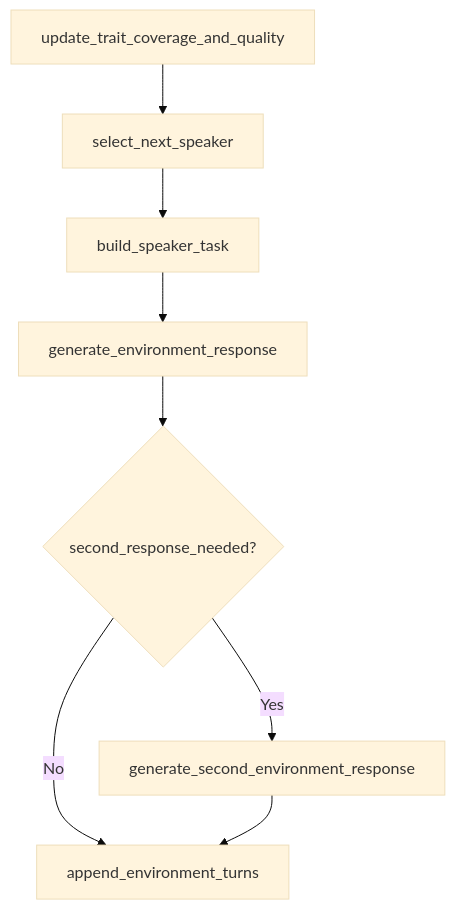
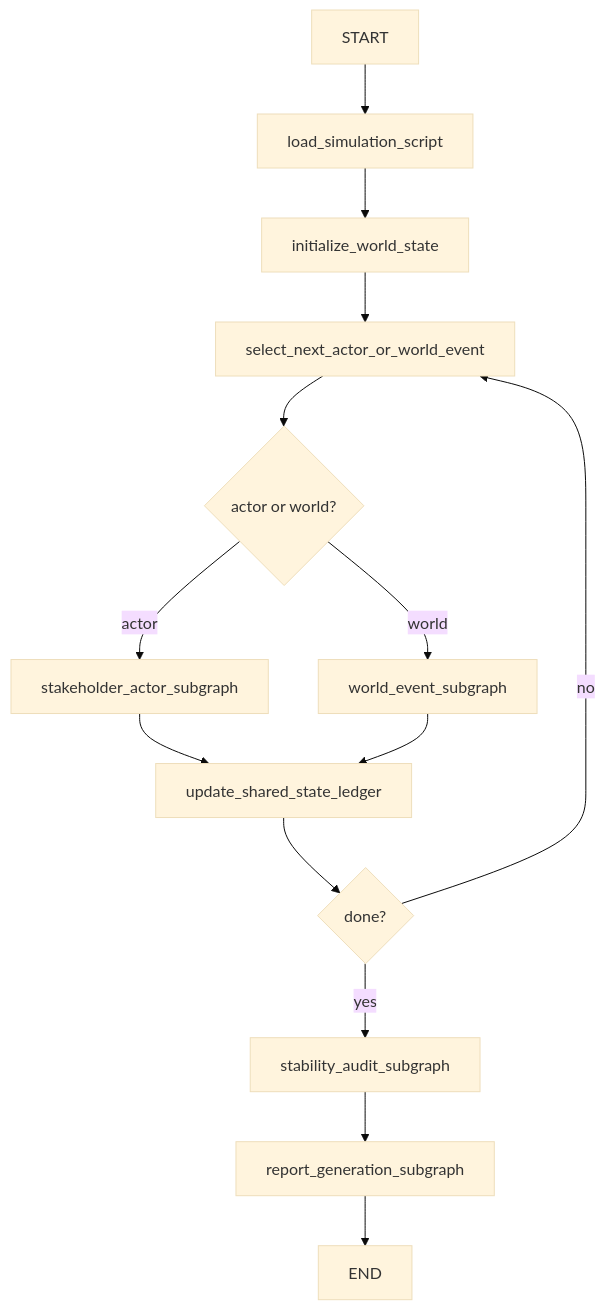
The third of 4 diagrams in 2026-03-06-1357-langGraph.md (pimangnono/UbeU), drawn with Mermaid (base theme) before and after one commit. The commit also changed other lines of this file and 310 other files, not shown here.

````diff
--- a/2026-03-06-1357-langGraph.md
+++ b/2026-03-06-1357-langGraph.md
@@ -321,10 +706,19 @@
 ```mermaid
 flowchart TD
-    E0["update_trait_coverage_and_quality"] --> E1["select_next_speaker"]
-    E1 --> E2["build_speaker_task"]
-    E2 --> E3["generate_environment_response"]
-    E3 --> E4{"second_response_needed?"}
-    E4 -- "Yes" --> E5["generate_second_environment_response"]
-    E4 -- "No" --> E6["append_environment_turns"]
-    E5 --> E6
+    START["START"] --> load["load_simulation_script"]
+    load --> init["initialize_world_state"]
+    init --> select["select_next_actor_or_world_event"]
+    select --> route{"actor or world?"}
+
+    route -- "actor" --> actor["stakeholder_actor_subgraph"]
+    route -- "world" --> world["world_event_subgraph"]
+
+    actor --> update["update_shared_state_ledger"]
+    world --> update
+    update --> done{"done?"}
+
+    done -- "no" --> select
+    done -- "yes" --> audit["stability_audit_subgraph"]
+    audit --> report["report_generation_subgraph"]
+    report --> END["END"]
 ```
````
